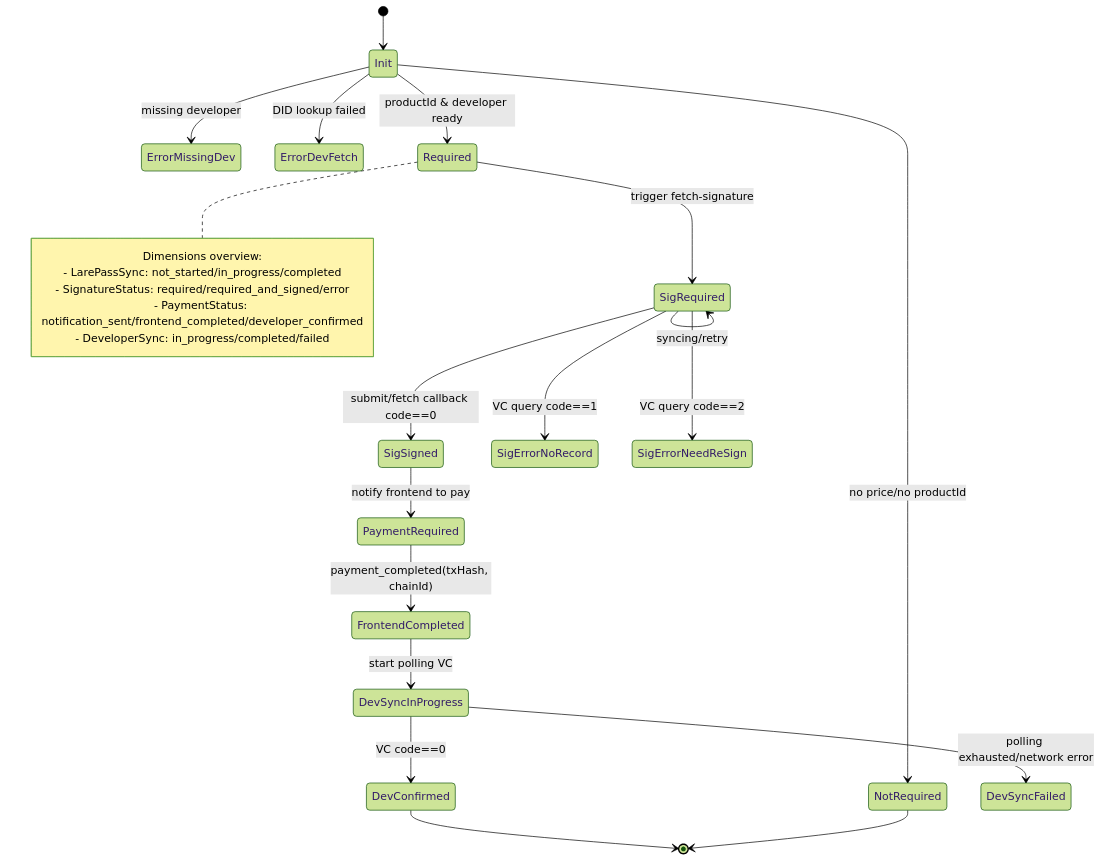
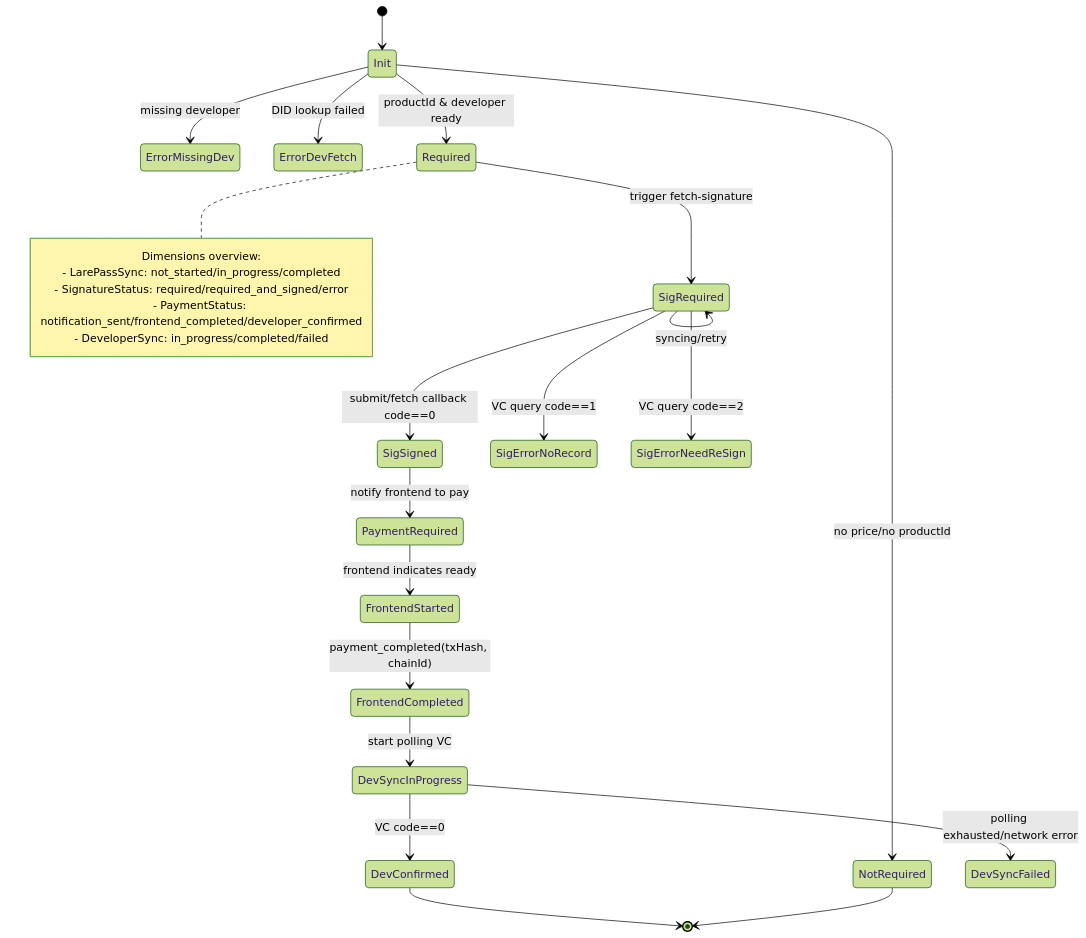
One commit to beclab/market changed the diagram in internal/v2/paymentnew/README.md. Above: the diagram before and after it, drawn with Mermaid (forest theme). The commit also changed other lines of this file and 7 other files, not shown here.

Commit message:
new API FrontendPayment started

````diff
--- a/internal/v2/paymentnew/README.md
+++ b/internal/v2/paymentnew/README.md
@@ -158,32 +161,33 @@
 ```mermaid
 stateDiagram-v2
     [*] --> Init
     Init --> NotRequired: no price/no productId
     Init --> ErrorMissingDev: missing developer
     Init --> ErrorDevFetch: DID lookup failed
     Init --> Required: productId & developer ready
 
     Required --> SigRequired: trigger fetch-signature
     SigRequired --> SigRequired: syncing/retry
     SigRequired --> SigSigned: submit/fetch callback code==0
     SigRequired --> SigErrorNoRecord: VC query code==1
     SigRequired --> SigErrorNeedReSign: VC query code==2
 
     SigSigned --> PaymentRequired: notify frontend to pay
-    PaymentRequired --> FrontendCompleted: payment_completed(txHash, chainId)
+    PaymentRequired --> FrontendStarted: frontend indicates ready
+    FrontendStarted --> FrontendCompleted: payment_completed(txHash, chainId)
 
     FrontendCompleted --> DevSyncInProgress: start polling VC
     DevSyncInProgress --> DevConfirmed: VC code==0
     DevSyncInProgress --> DevSyncFailed: polling exhausted/network error
 
     DevConfirmed --> [*]
     NotRequired --> [*]
 
     note right of Required
       Dimensions overview:
       - LarePassSync: not_started/in_progress/completed
       - SignatureStatus: required/required_and_signed/error
       - PaymentStatus: notification_sent/frontend_completed/developer_confirmed
       - DeveloperSync: in_progress/completed/failed
     end note
 ```
````
